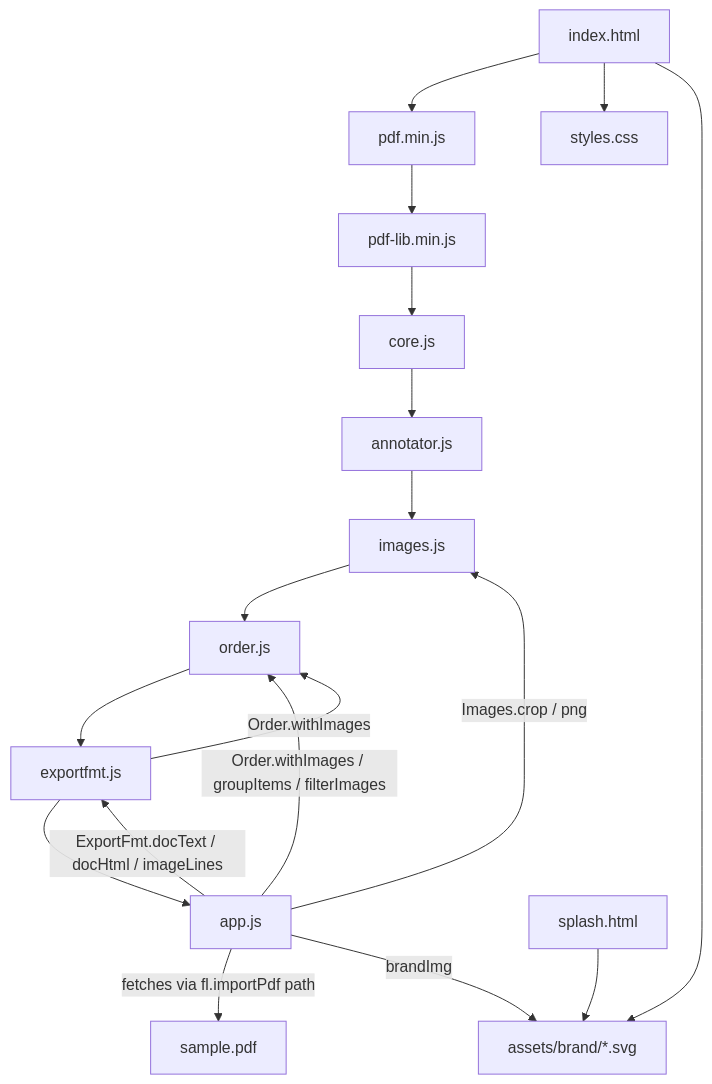
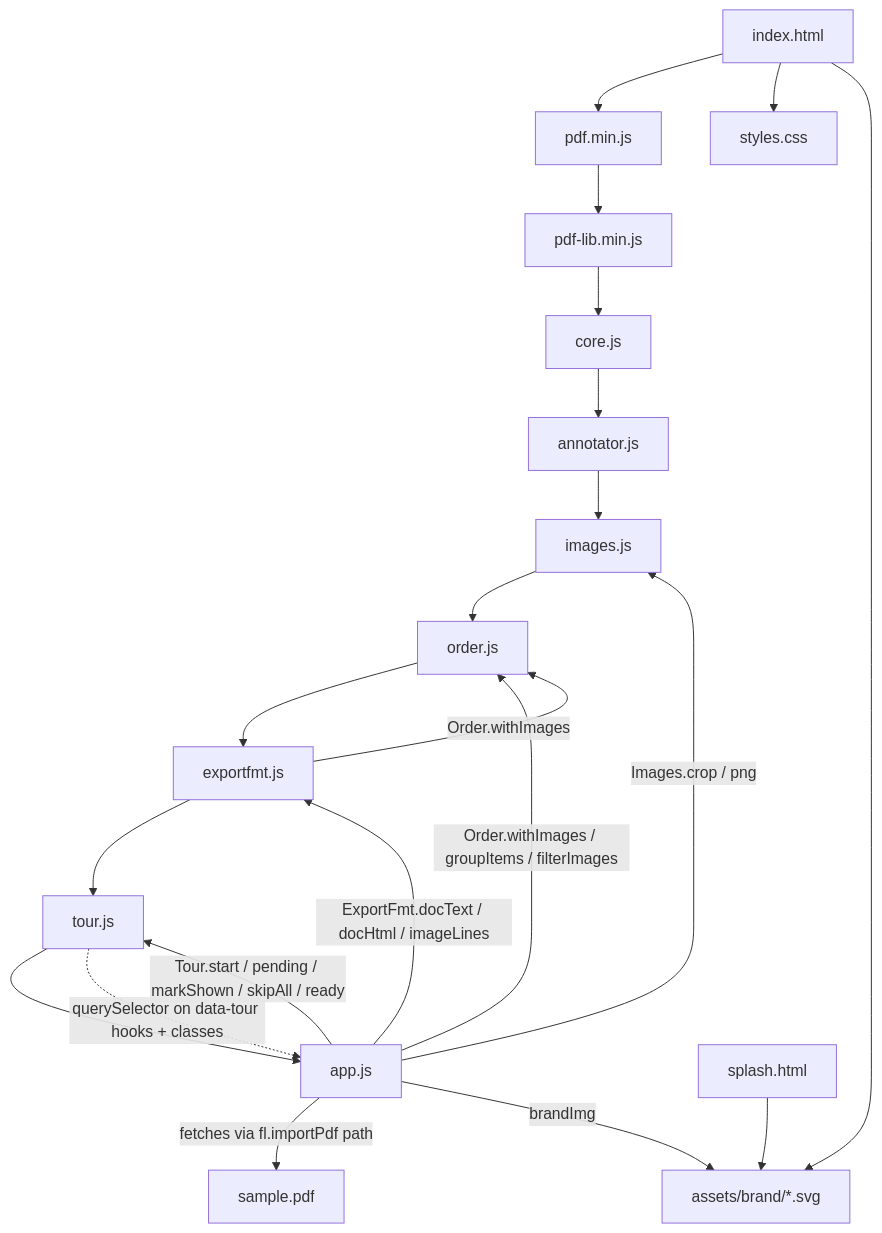
One commit to Lefarious/Faelights changed the diagram in docs/atlas/modules/renderer-ui.md. Above: the diagram before and after it, drawn with Mermaid. The commit also changed other lines of this file and 6 other files, not shown here.

````diff
--- a/docs/atlas/modules/renderer-ui.md
+++ b/docs/atlas/modules/renderer-ui.md
@@ -15,13 +15,15 @@
 ```mermaid
 graph TD
-  html[index.html] --> pdfjs[pdf.min.js] --> pdflib[pdf-lib.min.js] --> core[core.js] --> annot[annotator.js] --> imgs[images.js] --> order[order.js] --> efmt[exportfmt.js] --> app[app.js]
+  html[index.html] --> pdfjs[pdf.min.js] --> pdflib[pdf-lib.min.js] --> core[core.js] --> annot[annotator.js] --> imgs[images.js] --> order[order.js] --> efmt[exportfmt.js] --> tour[tour.js] --> app[app.js]
   app -->|Images.crop / png| imgs
   app -->|Order.withImages / groupItems / filterImages| order
   app -->|ExportFmt.docText / docHtml / imageLines| efmt
   efmt -->|Order.withImages| order
+  app -->|Tour.start / pending / markShown / skipAll / ready| tour
+  tour -.->|querySelector on data-tour hooks + classes| app
   html --> css[styles.css]
   app -->|fetches via fl.importPdf path| sample[sample.pdf]
   app -->|brandImg| brand[assets/brand/*.svg]
   html --> brand
   splash[splash.html] --> brand
 ```
````
